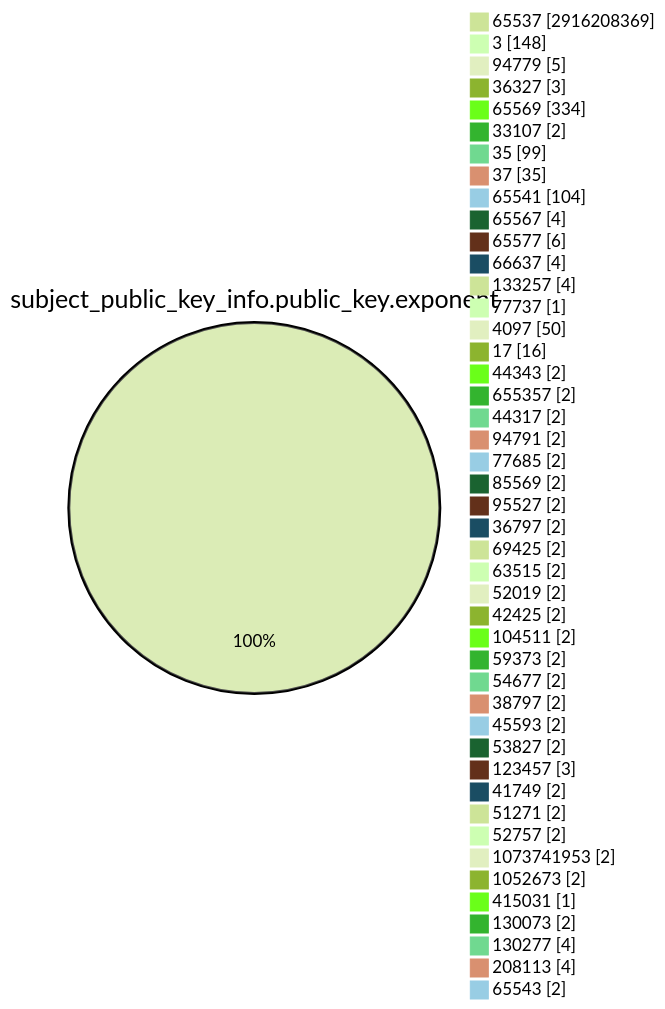
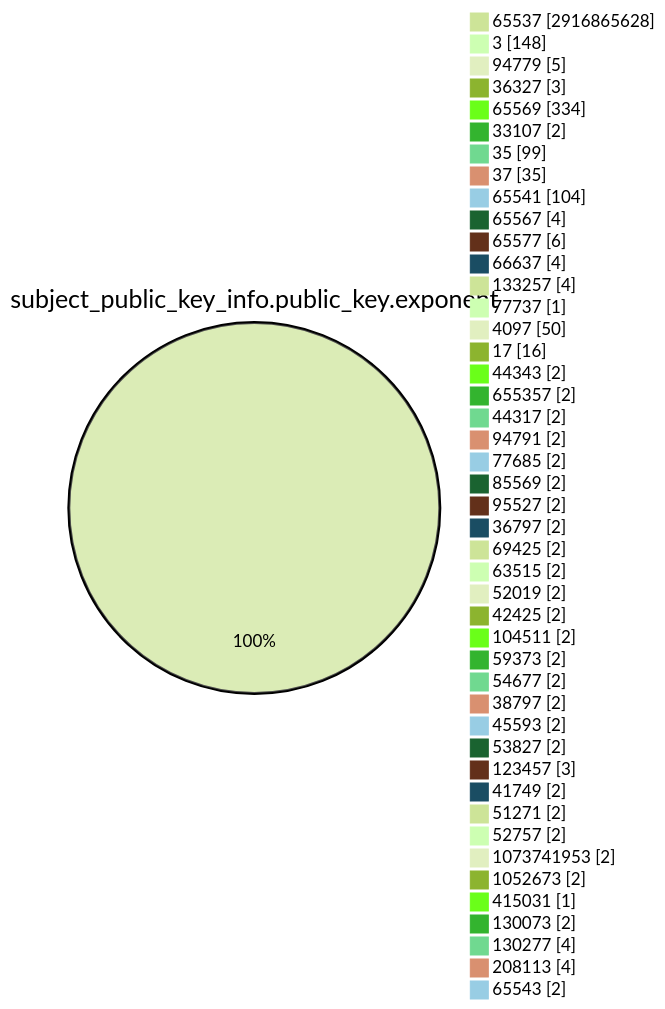
Before and after one commit to christiankrug/ctmonitor_visualization: the fourth of 15 diagrams in TOTAL/README.md, drawn with Mermaid (forest theme). The commit also changed other lines of this file, not shown here.

````diff
--- a/TOTAL/README.md
+++ b/TOTAL/README.md
@@ -1469,49 +1469,49 @@
 ```mermaid
 pie showData
 title subject_public_key_info.public_key.exponent
-"65537" :2916208369
+"65537" :2916865628
 "3" :148
 "94779" :5
 "36327" :3
 "65569" :334
 "33107" :2
 "35" :99
 "37" :35
 "65541" :104
 "65567" :4
 "65577" :6
 "66637" :4
 "133257" :4
 "77737" :1
 "4097" :50
 "17" :16
 "44343" :2
 "655357" :2
 "44317" :2
 "94791" :2
 "77685" :2
 "85569" :2
 "95527" :2
 "36797" :2
 "69425" :2
 "63515" :2
 "52019" :2
 "42425" :2
 "104511" :2
 "59373" :2
 "54677" :2
 "38797" :2
 "45593" :2
 "53827" :2
 "123457" :3
 "41749" :2
 "51271" :2
 "52757" :2
 "1073741953" :2
 "1052673" :2
 "415031" :1
 "130073" :2
 "130277" :4
 "208113" :4
 "65543" :2
 ```
````
